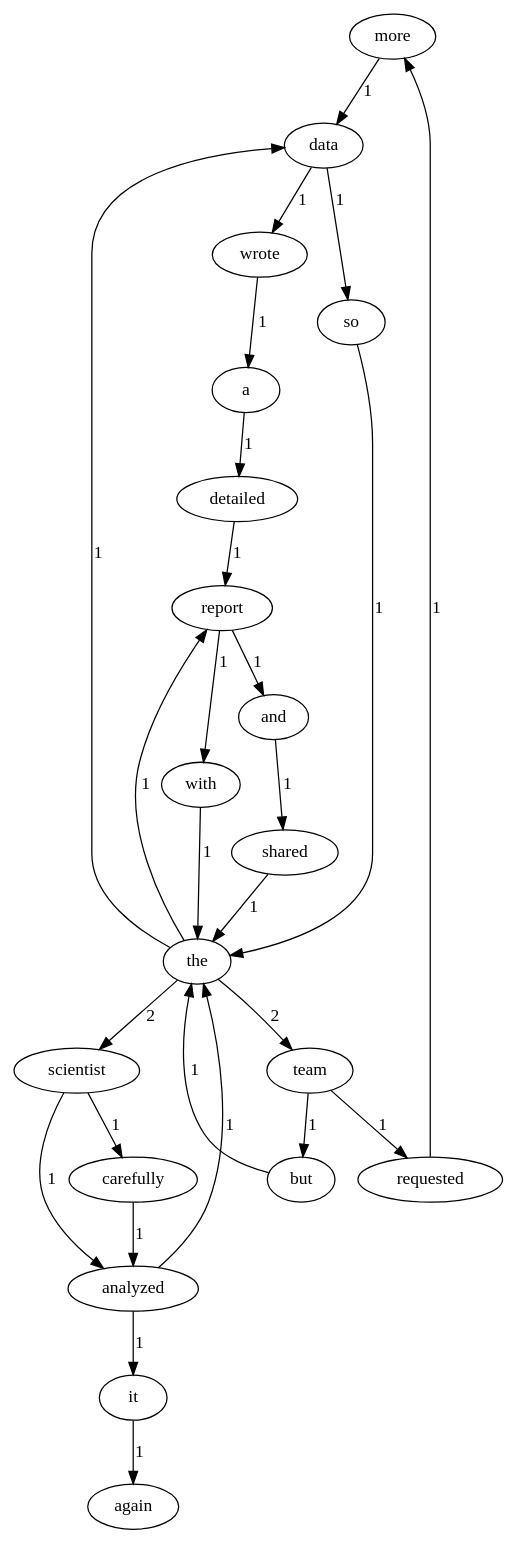
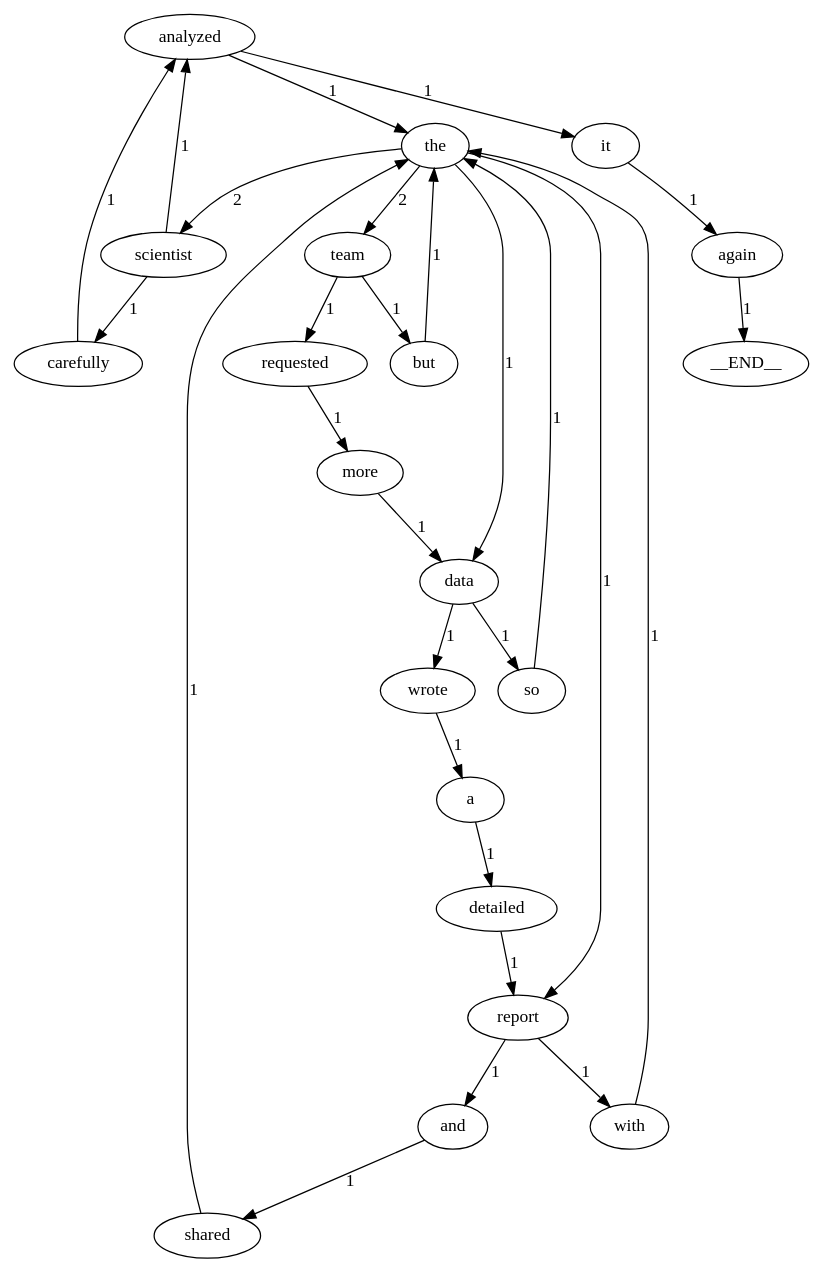
Before and after one commit to zongzixifi/lab1-2022112534: the diagram in cmake-build-debug/output.dot, drawn with Graphviz. The commit also changed 10 other files, not shown here.

```diff
--- a/cmake-build-debug/output.dot
+++ b/cmake-build-debug/output.dot
@@ -1,28 +1,29 @@
 digraph G {
+  "again" -> "__END__" [label="1"];
   "more" -> "data" [label="1"];
   "with" -> "the" [label="1"];
   "team" -> "requested" [label="1"];
   "team" -> "but" [label="1"];
   "shared" -> "the" [label="1"];
   "but" -> "the" [label="1"];
   "a" -> "detailed" [label="1"];
   "requested" -> "more" [label="1"];
   "and" -> "shared" [label="1"];
   "detailed" -> "report" [label="1"];
   "carefully" -> "analyzed" [label="1"];
   "wrote" -> "a" [label="1"];
   "data" -> "so" [label="1"];
   "data" -> "wrote" [label="1"];
   "so" -> "the" [label="1"];
   "report" -> "with" [label="1"];
   "report" -> "and" [label="1"];
   "it" -> "again" [label="1"];
   "the" -> "team" [label="2"];
   "the" -> "data" [label="1"];
   "the" -> "report" [label="1"];
   "the" -> "scientist" [label="2"];
   "analyzed" -> "it" [label="1"];
   "analyzed" -> "the" [label="1"];
   "scientist" -> "analyzed" [label="1"];
   "scientist" -> "carefully" [label="1"];
 }
```
